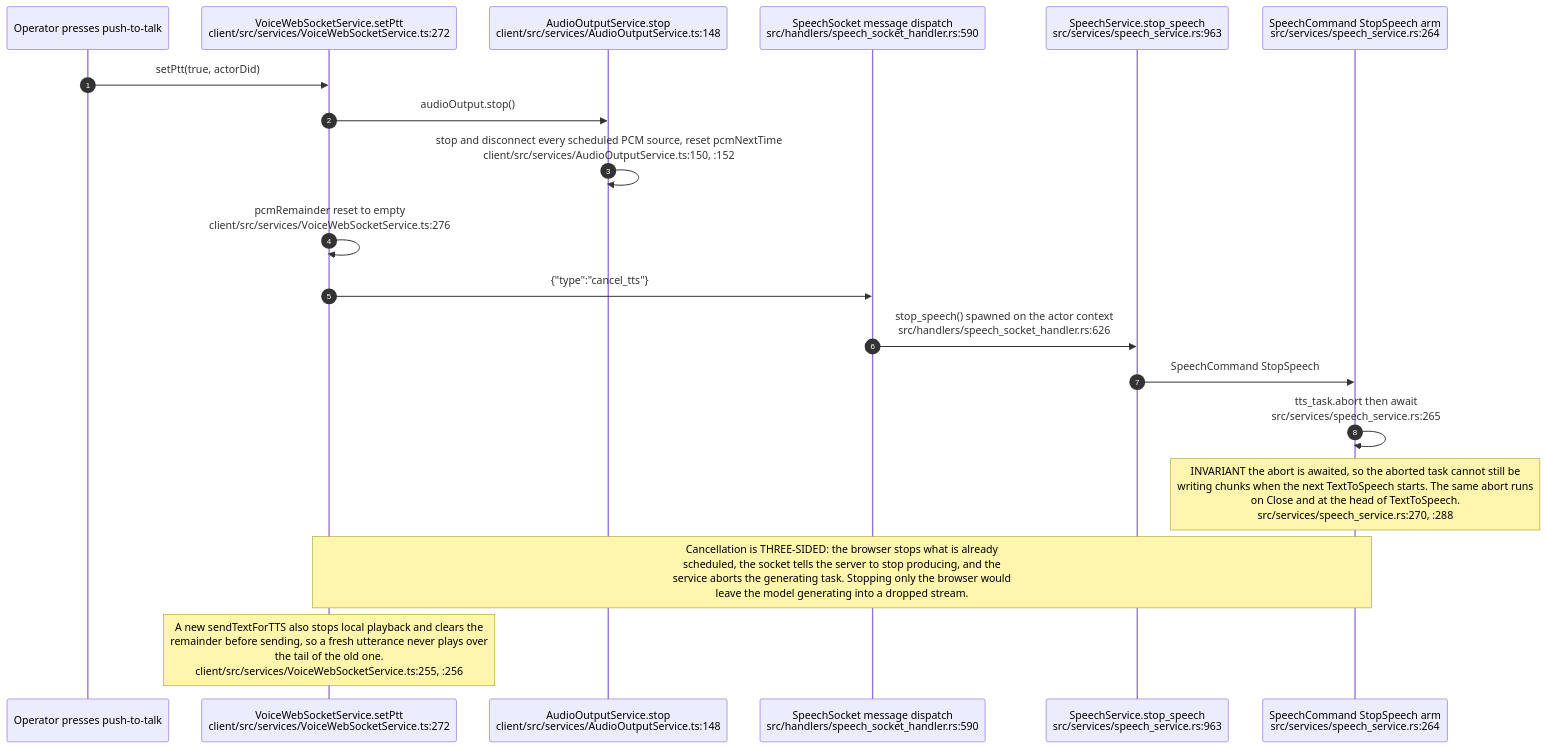
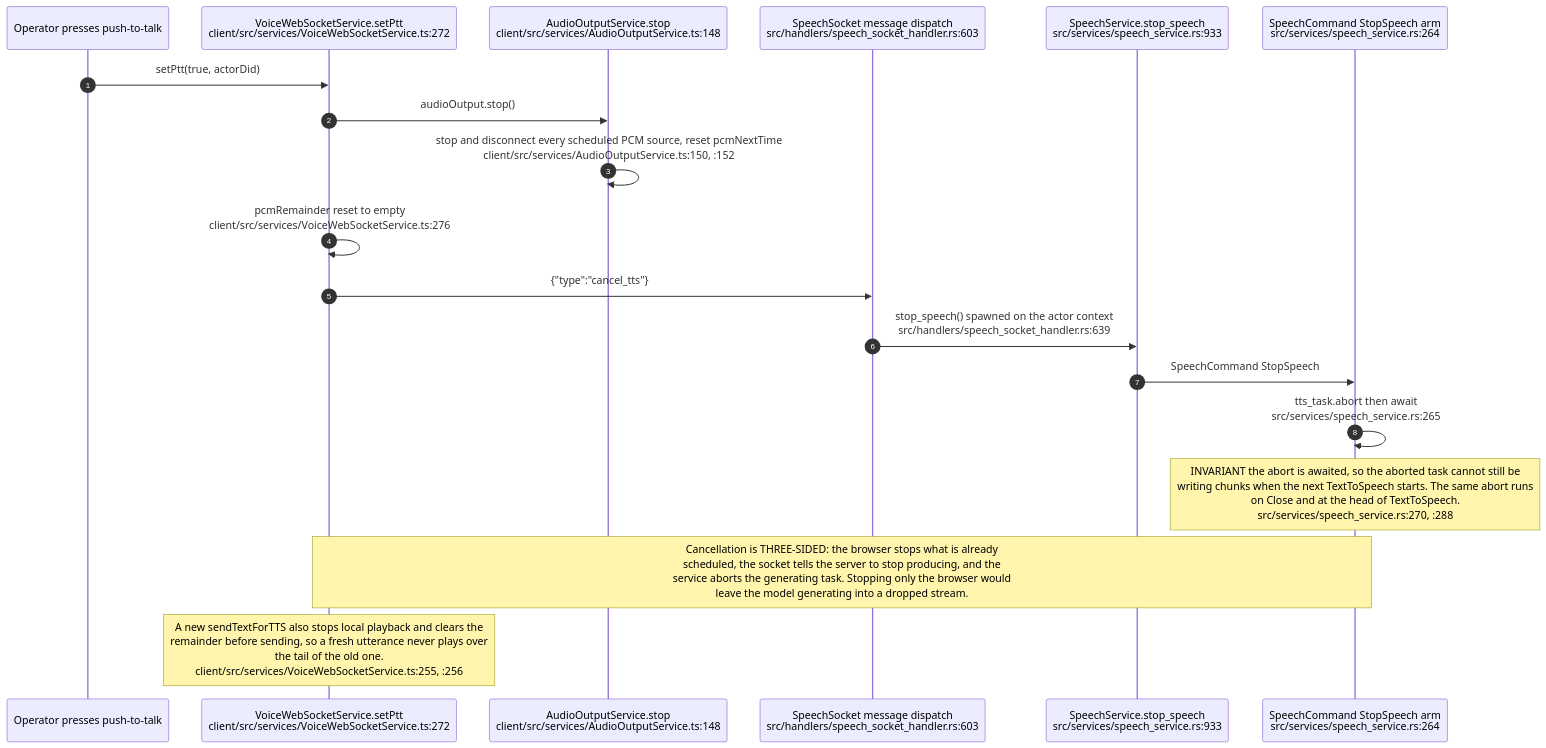
Before and after one commit to DreamLab-AI/VisionFlow: diagram 11 of 12 in docs/diagrams/visionclaw/35-voice-end-to-end.md, drawn with Mermaid. The commit also changed other lines of this file and 160 other files, not shown here.

````diff
--- a/docs/diagrams/visionclaw/35-voice-end-to-end.md
+++ b/docs/diagrams/visionclaw/35-voice-end-to-end.md
@@ -513,22 +514,22 @@
 ```mermaid
 sequenceDiagram
     autonumber
     participant U as Operator presses push-to-talk
     participant VW as VoiceWebSocketService.setPtt<br/>client/src/services/VoiceWebSocketService.ts:272
     participant AO as AudioOutputService.stop<br/>client/src/services/AudioOutputService.ts:148
-    participant SS as SpeechSocket message dispatch<br/>src/handlers/speech_socket_handler.rs:590
-    participant SP as SpeechService.stop_speech<br/>src/services/speech_service.rs:963
+    participant SS as SpeechSocket message dispatch<br/>src/handlers/speech_socket_handler.rs:603
+    participant SP as SpeechService.stop_speech<br/>src/services/speech_service.rs:933
     participant CMD as SpeechCommand StopSpeech arm<br/>src/services/speech_service.rs:264
 
     U->>VW: setPtt(true, actorDid)
     VW->>AO: audioOutput.stop()
     AO->>AO: stop and disconnect every scheduled PCM source, reset pcmNextTime<br/>client/src/services/AudioOutputService.ts:150, :152
     VW->>VW: pcmRemainder reset to empty<br/>client/src/services/VoiceWebSocketService.ts:276
     VW->>SS: {"type":"cancel_tts"}
-    SS->>SP: stop_speech() spawned on the actor context<br/>src/handlers/speech_socket_handler.rs:626
+    SS->>SP: stop_speech() spawned on the actor context<br/>src/handlers/speech_socket_handler.rs:639
     SP->>CMD: SpeechCommand StopSpeech
     CMD->>CMD: tts_task.abort then await<br/>src/services/speech_service.rs:265
     Note over CMD: INVARIANT the abort is awaited, so the aborted task cannot still be<br/>writing chunks when the next TextToSpeech starts. The same abort runs<br/>on Close and at the head of TextToSpeech.<br/>src/services/speech_service.rs:270, :288
     Note over VW,CMD: Cancellation is THREE-SIDED: the browser stops what is already<br/>scheduled, the socket tells the server to stop producing, and the<br/>service aborts the generating task. Stopping only the browser would<br/>leave the model generating into a dropped stream.
     Note over VW: A new sendTextForTTS also stops local playback and clears the<br/>remainder before sending, so a fresh utterance never plays over<br/>the tail of the old one.<br/>client/src/services/VoiceWebSocketService.ts:255, :256
 ```
````
